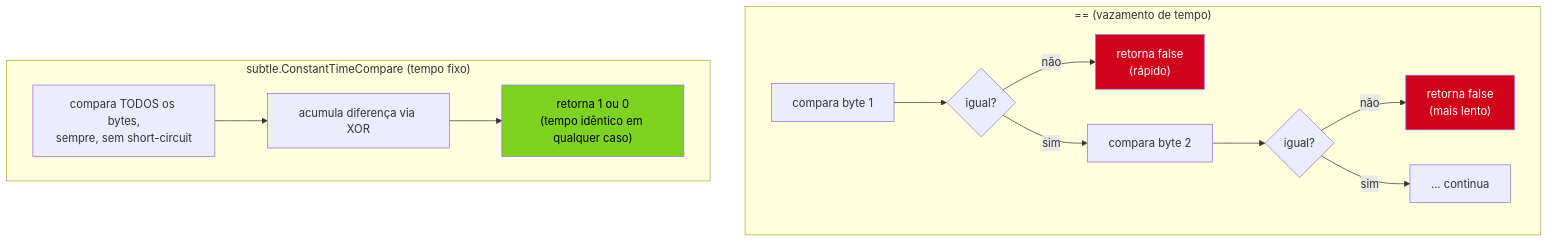
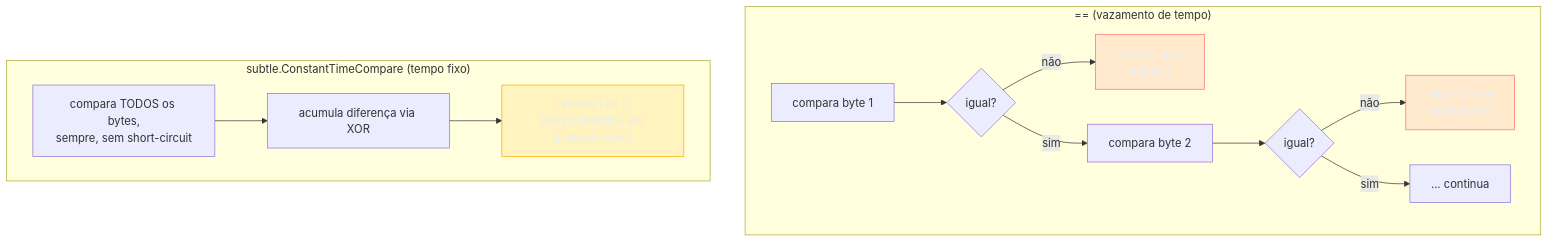
The first of 3 diagrams in 03-Dominios/Tecnologia/Go/19 - Segurança/07 - Secure coding patterns.md (josenaldo/codex-technomanticus), drawn with Mermaid before and after one commit. The commit also changed other lines of this file and 1181 other files, not shown here.

First line of the commit message:
fix(diagramas): paleta do sistema no lugar de cor cravada no markdown

````diff
--- a/03-Dominios/Tecnologia/Go/19 - Segurança/07 - Secure coding patterns.md
+++ b/03-Dominios/Tecnologia/Go/19 - Segurança/07 - Secure coding patterns.md
@@ -40,21 +40,23 @@
 ```mermaid
 flowchart TB
+    classDef falha fill:#FF6B6B24,stroke:#FF6B6B,color:#E9ECF2
+    classDef destaque fill:#FFAA0024,stroke:#FFAA00,color:#E9ECF2
     subgraph errado["== (vazamento de tempo)"]
         direction LR
         A1["compara byte 1"] --> A2{"igual?"}
         A2 -->|não| A3["retorna false\n(rápido)"]
         A2 -->|sim| A4["compara byte 2"] --> A5{"igual?"}
         A5 -->|não| A6["retorna false\n(mais lento)"]
         A5 -->|sim| A7["... continua"]
     end
 
     subgraph certo["subtle.ConstantTimeCompare (tempo fixo)"]
         direction LR
         B1["compara TODOS os bytes,\nsempre, sem short-circuit"] --> B2["acumula diferença via XOR"]
         B2 --> B3["retorna 1 ou 0\n(tempo idêntico em qualquer caso)"]
     end
 
-    style A3 fill:#D0021B,color:#fff
-    style A6 fill:#D0021B,color:#fff
-    style B3 fill:#7ED321,color:#000
+    class A3 falha
+    class A6 falha
+    class B3 destaque
 ```
````
